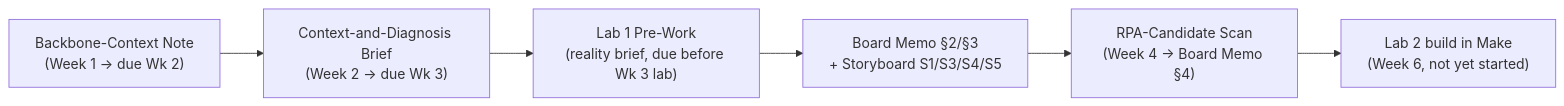
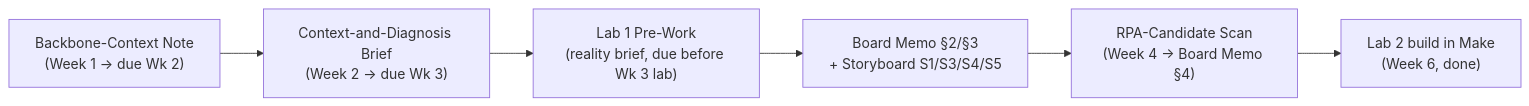
The diagram in index.md (salawhaaat/erp2agentic), drawn with Mermaid before and after one commit. The commit also changed other lines of this file and 24 other files, not shown here.

````diff
--- a/index.md
+++ b/index.md
@@ -37,8 +39,8 @@
 ```mermaid
 flowchart LR
     A["Backbone-Context Note\n(Week 1 → due Wk 2)"] --> B["Context-and-Diagnosis Brief\n(Week 2 → due Wk 3)"]
     B --> C["Lab 1 Pre-Work\n(reality brief, due before Wk 3 lab)"]
     C --> D["Board Memo §2/§3\n+ Storyboard S1/S3/S4/S5"]
     D --> E["RPA-Candidate Scan\n(Week 4 → Board Memo §4)"]
-    E --> F["Lab 2 build in Make\n(Week 6, not yet started)"]
+    E --> F["Lab 2 build in Make\n(Week 6, done)"]
 ```
````
